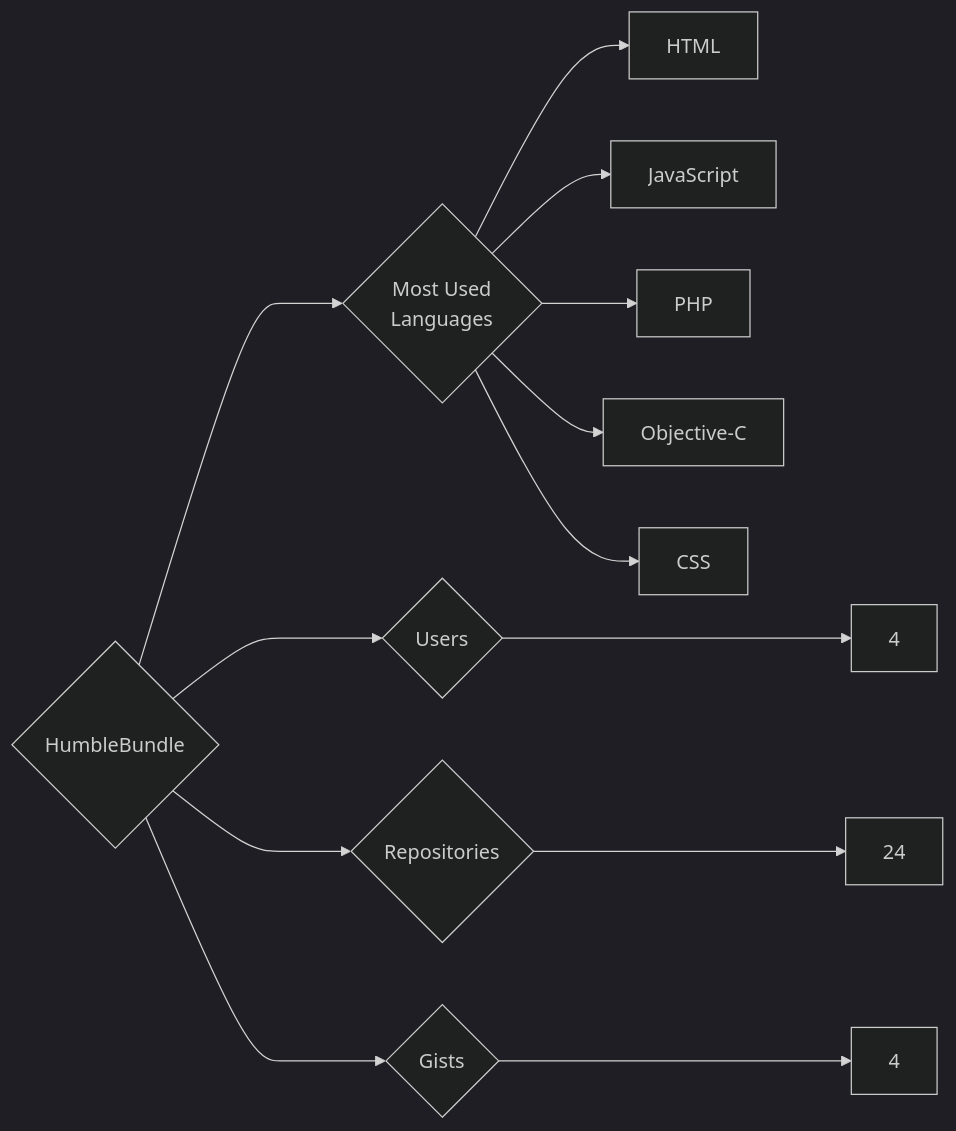
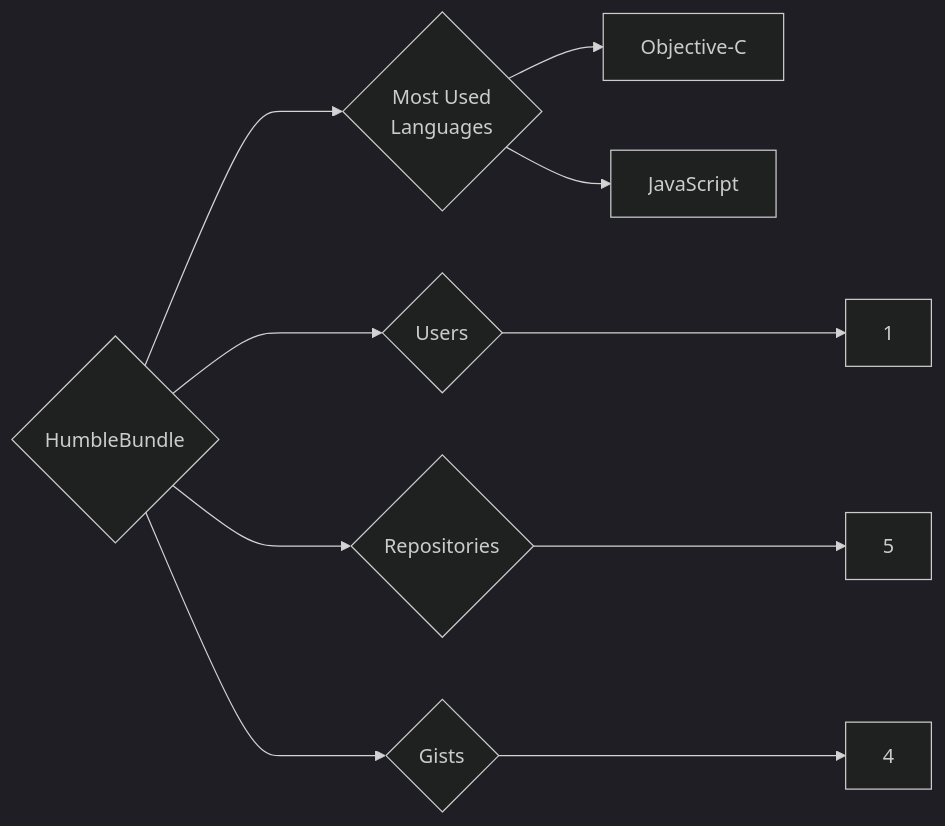
The diagram in targets/HumbleBundle/README.md (trickest/insiders), drawn with Mermaid (dark theme) before and after one commit. The commit also changed 776 other files, not shown here.

````diff
--- a/targets/HumbleBundle/README.md
+++ b/targets/HumbleBundle/README.md
@@ -3,13 +3,10 @@
 ```mermaid
 graph LR
 COMPANY_NAME{HumbleBundle}
-COMPANY_NAME ---> U{Users} ---> UN[4]
-COMPANY_NAME ---> R{Repositories} ---> RN[24]
+COMPANY_NAME ---> U{Users} ---> UN[1]
+COMPANY_NAME ---> R{Repositories} ---> RN[5]
 COMPANY_NAME ---> G{Gists} ---> GN[4]
 COMPANY_NAME ---> ML{Most Used<br>Languages}
-ML --> HTML[HTML]
+ML --> Objective-C[Objective-C]
 ML --> JavaScript[JavaScript]
-ML --> PHP[PHP]
-ML --> Objective-C[Objective-C]
-ML --> CSS[CSS]
 ```
````
